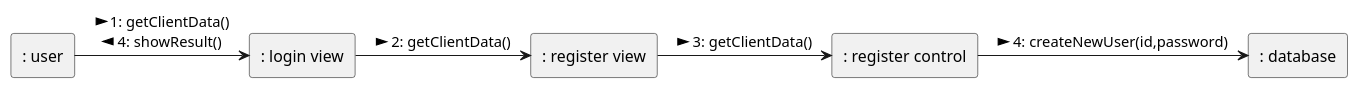
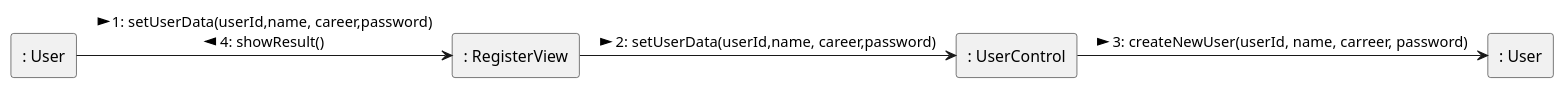
Before and after one commit to Candrixx/Proyecto_Ing_Software_Equipo_3: the diagram in docs/scenariosView/UC - Colaboration Diagrams/uc1_1-Register-Colaboration.wsd, drawn with PlantUML. The commit also changed 18 other files, not shown here.

Commit message:
Diagram Class of Analisys and Package

```diff
--- a/docs/scenariosView/UC - Colaboration Diagrams/uc1_1-Register-Colaboration.wsd
+++ b/docs/scenariosView/UC - Colaboration Diagrams/uc1_1-Register-Colaboration.wsd
@@ -1,13 +1,11 @@
 @startuml uc1_1_Register_c
-rectangle ": user" as user
-rectangle ": login view" as login
-rectangle ": register view" as  register
-rectangle ": register control" as control
-rectangle ": database" as database
+rectangle ": User" as user
+rectangle ": RegisterView" as  register
+rectangle ": UserControl" as control
+rectangle ": User" as database
 
-user --r-> login : > 1: getClientData() \n 4: showResult() <
-login --r-> register : > 2: getClientData()
-register --r-> control : > 3: getClientData()
-control --r-> database : > 4: createNewUser(id,password) 
+user --r-> register : > 1: setUserData(userId,name, career,password) \n 4: showResult() <
+register --r-> control : > 2: setUserData(userId,name, career,password)
+control --r-> database : > 3: createNewUser(userId, name, carreer, password) 
 
 @enduml
```
